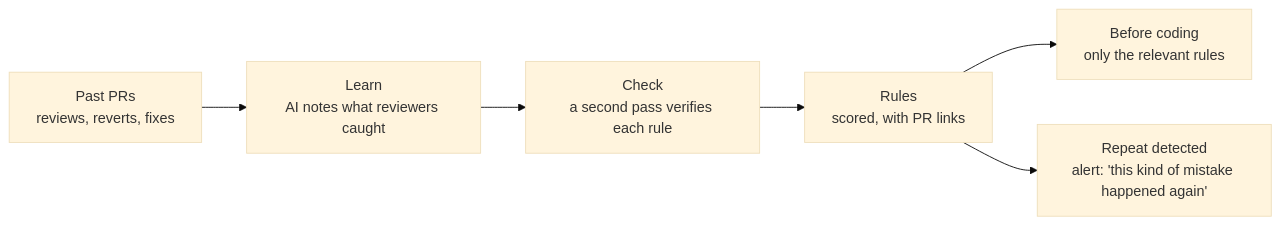
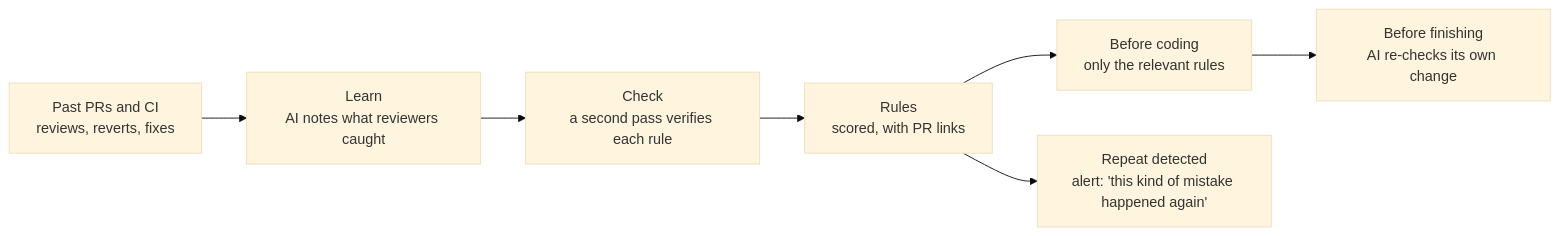
One commit to paarths-collab/github-pr-context-mcp changed the diagram in README.md. Above: the diagram before and after it, drawn with Mermaid (base theme). The commit also changed other lines of this file and 1 other file, not shown here.

First line of the commit message:
Document CI learning, the self-check step and the Pitfall roadmap

````diff
--- a/README.md
+++ b/README.md
@@ -25,8 +25,9 @@
 ```mermaid
 flowchart LR
-    A["Past PRs<br/>reviews, reverts, fixes"] --> B["Learn<br/>AI notes what reviewers caught"]
+    A["Past PRs and CI<br/>reviews, reverts, fixes"] --> B["Learn<br/>AI notes what reviewers caught"]
     B --> C["Check<br/>a second pass verifies each rule"]
     C --> D["Rules<br/>scored, with PR links"]
     D --> E["Before coding<br/>only the relevant rules"]
+    E --> G["Before finishing<br/>AI re-checks its own change"]
     D --> F["Repeat detected<br/>alert: 'this kind of mistake happened again'"]
 ```
````
